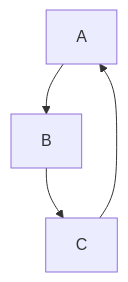
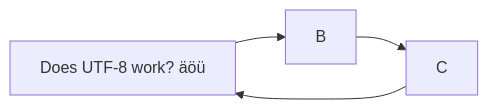
The first of 3 diagrams in examples/mermaid.md (jakobkmar/pandoc-all-in-one), drawn with Mermaid before and after one commit. The commit also changed other lines of this file, not shown here.

```diff
--- a/examples/mermaid.md
+++ b/examples/mermaid.md
@@ -3,6 +13,6 @@
-~~~mermaid
-flowchart TB
-  A --> B
+~~~mermaid {width=20em}
+flowchart LR
+  A["Does UTF-8 work? äöü"] --> B
   B --> C
   C --> A
 ~~~
```
